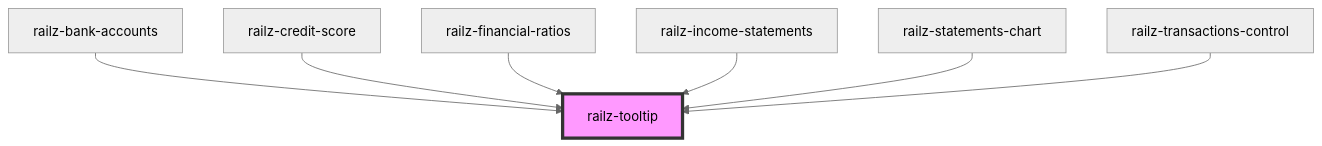
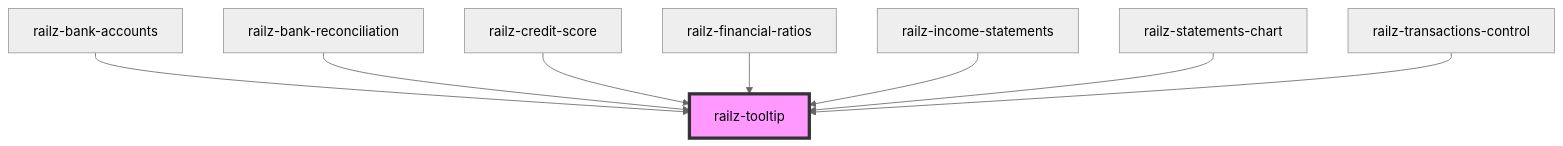
Before and after one commit to railz-ai/railz-visualizations: the diagram in packages/components/src/elements/tooltip/readme.md, drawn with Mermaid (neutral theme). The commit also changed other lines of this file and 16 other files, not shown here.

Commit message:
feat: added bank reconciliation

````diff
--- a/packages/components/src/elements/tooltip/readme.md
+++ b/packages/components/src/elements/tooltip/readme.md
@@ -26,10 +27,11 @@
 ```mermaid
 graph TD;
   railz-bank-accounts --> railz-tooltip
+  railz-bank-reconciliation --> railz-tooltip
   railz-credit-score --> railz-tooltip
   railz-financial-ratios --> railz-tooltip
   railz-income-statements --> railz-tooltip
   railz-statements-chart --> railz-tooltip
   railz-transactions-control --> railz-tooltip
   style railz-tooltip fill:#f9f,stroke:#333,stroke-width:4px
 ```
````
